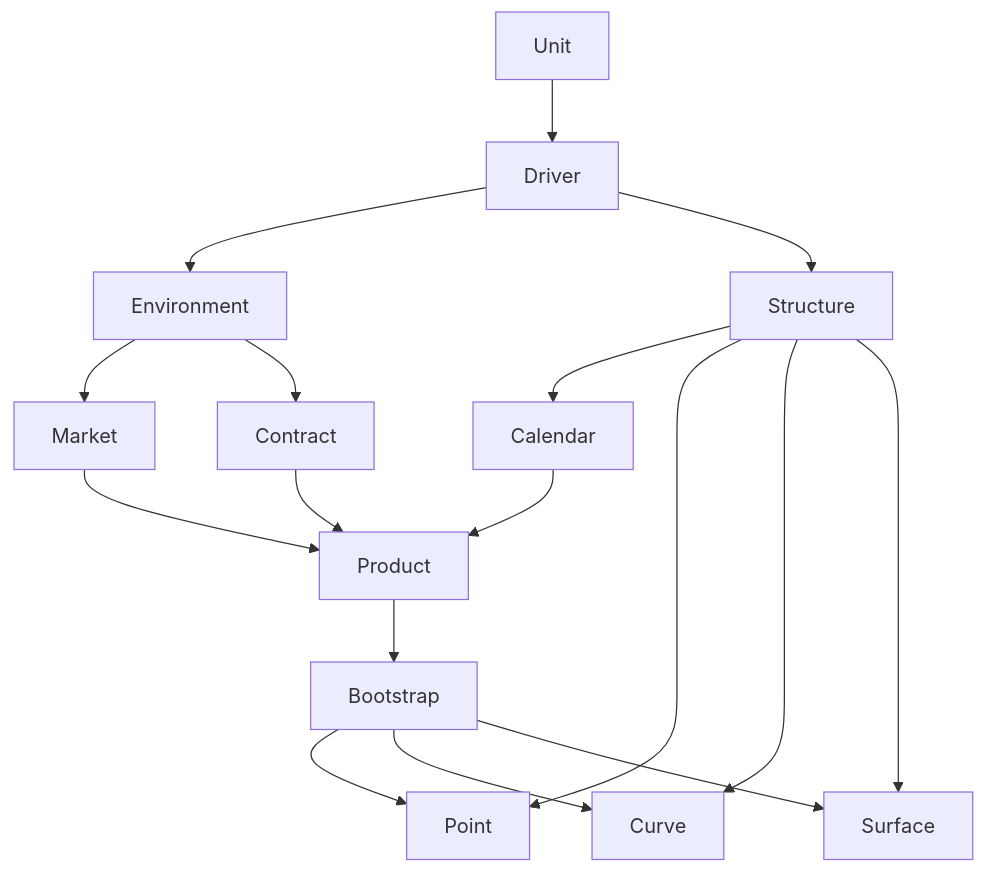
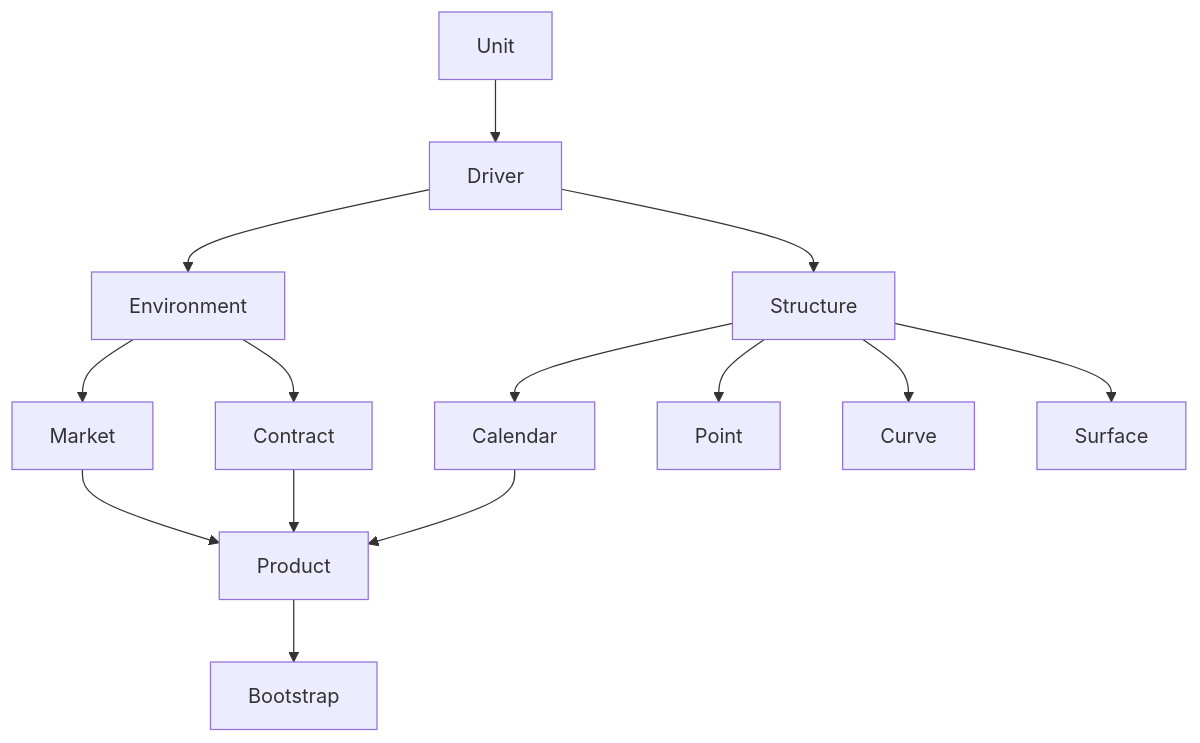
The diagram in README.md (tristanvandevelde/finstruct), drawn with Mermaid before and after one commit.

````diff
--- a/README.md
+++ b/README.md
@@ -26,19 +26,16 @@
 ```mermaid
 graph TD;
     Unit-->Driver;
     Driver-->Environment;
     Driver-->Structure;
     Environment-->Market;
     Environment-->Contract;
     Market-->Product;
     Contract-->Product;
     Calendar-->Product;
     Structure-->Calendar;
     Structure-->Point;
     Structure-->Curve;
     Structure-->Surface;
     Product-->Bootstrap;
-    Bootstrap-->Point;
-    Bootstrap-->Curve;
-    Bootstrap-->Surface;
 ```
````
